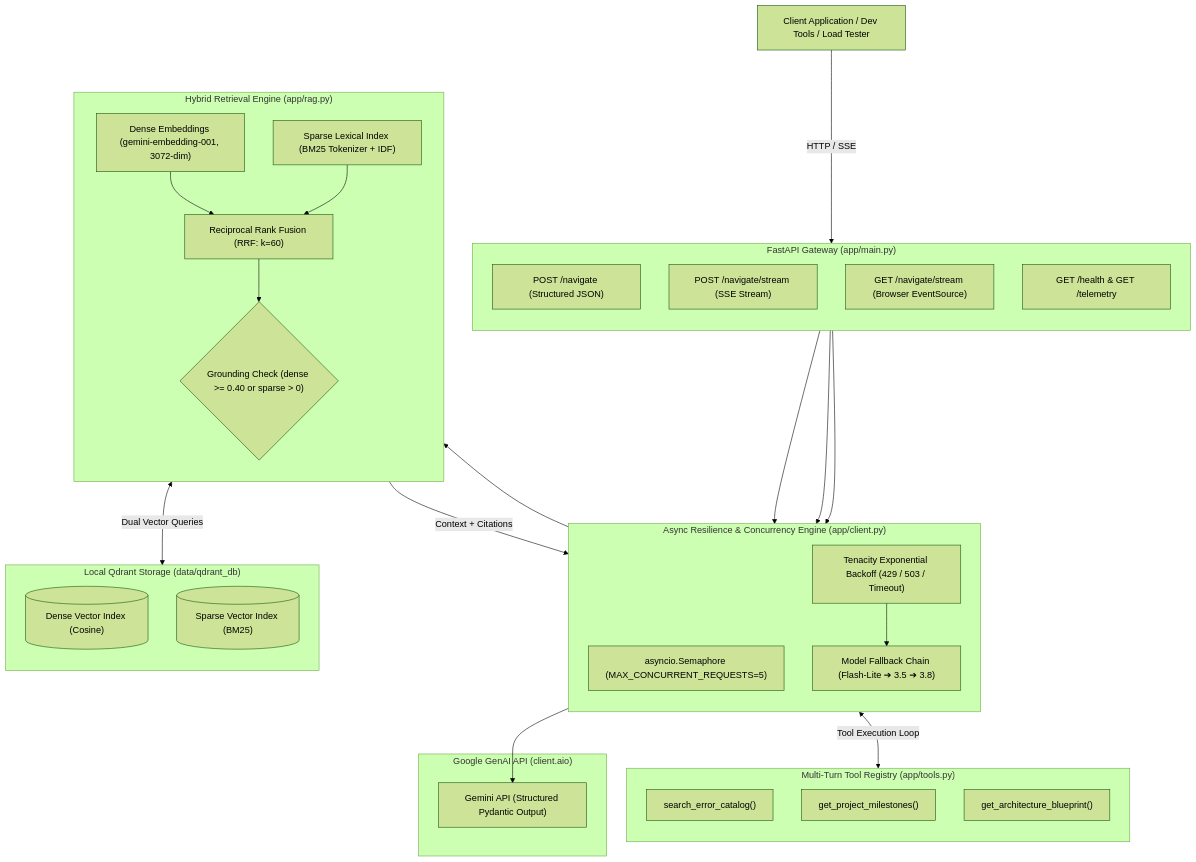
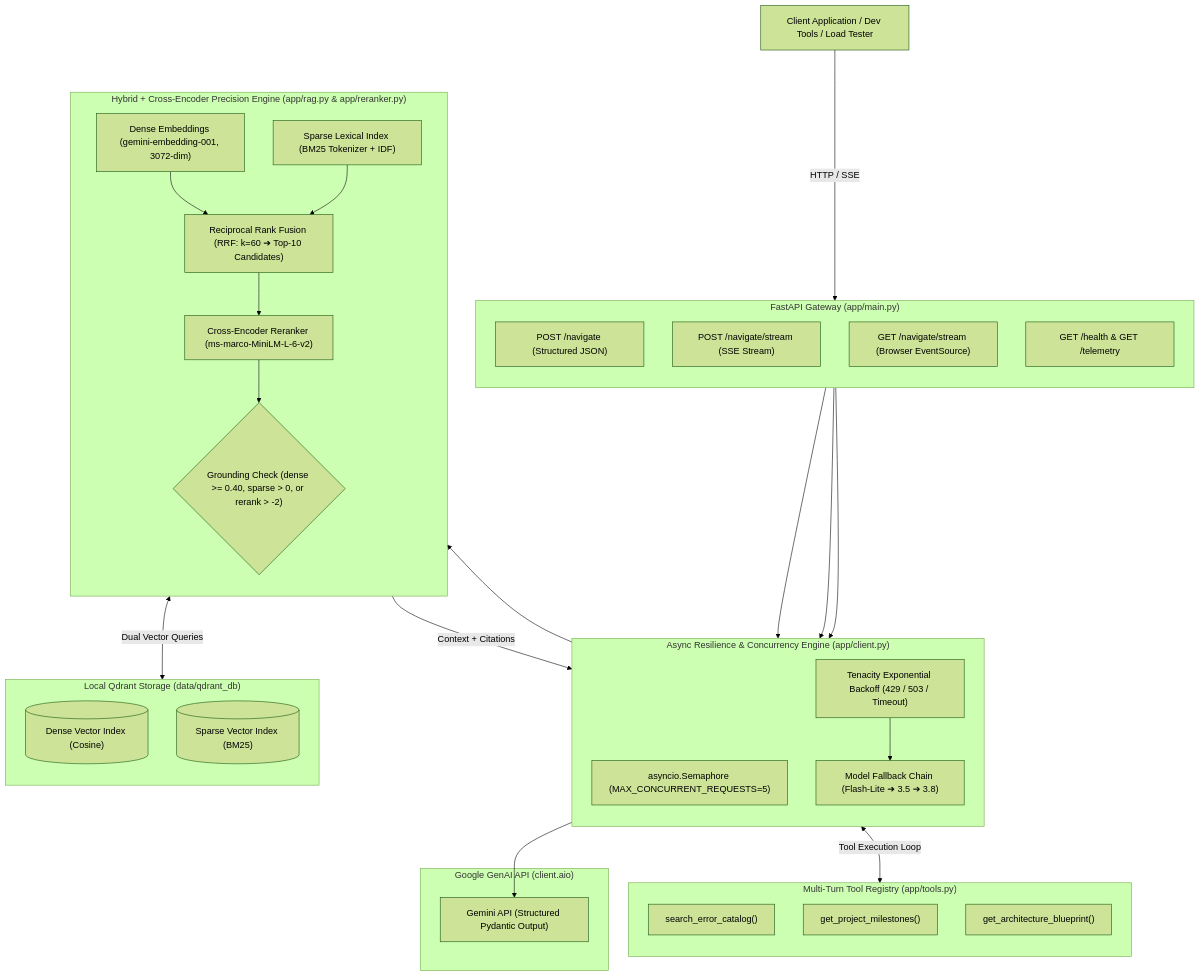
One commit to k-nikhil-coder/tutorial-hell-navigator changed the diagram in README.md. Above: the diagram before and after it, drawn with Mermaid (forest theme). The commit also changed other lines of this file and 12 other files, not shown here.

Commit message:
feat(day-37): add cross-encoder reranker, measure 3-way ablation metrics, and record latency profile

````diff
--- a/README.md
+++ b/README.md
@@ -52,58 +52,60 @@
 ```mermaid
 flowchart TD
     Client["Client Application / Dev Tools / Load Tester"]
 
     subgraph FastAPI["FastAPI Gateway (app/main.py)"]
         direction TB
         Navigate["POST /navigate (Structured JSON)"]
         StreamPost["POST /navigate/stream (SSE Stream)"]
         StreamGet["GET /navigate/stream (Browser EventSource)"]
         Health["GET /health & GET /telemetry"]
     end
 
     subgraph Engine["Async Resilience & Concurrency Engine (app/client.py)"]
         direction TB
         Sem["asyncio.Semaphore (MAX_CONCURRENT_REQUESTS=5)"]
         Retry["Tenacity Exponential Backoff (429 / 503 / Timeout)"]
         Fallback["Model Fallback Chain (Flash-Lite ➔ 3.5 ➔ 3.8)"]
     end
 
-    subgraph RAGEngine["Hybrid Retrieval Engine (app/rag.py)"]
+    subgraph RAGEngine["Hybrid + Cross-Encoder Precision Engine (app/rag.py & app/reranker.py)"]
         direction TB
         DenseSearch["Dense Embeddings (gemini-embedding-001, 3072-dim)"]
         BM25Search["Sparse Lexical Index (BM25 Tokenizer + IDF)"]
-        RRF["Reciprocal Rank Fusion (RRF: k=60)"]
-        GroundCheck{"Grounding Check (dense >= 0.40 or sparse > 0)"}
+        RRF["Reciprocal Rank Fusion (RRF: k=60 ➔ Top-10 Candidates)"]
+        CrossEncoder["Cross-Encoder Reranker (ms-marco-MiniLM-L-6-v2)"]
+        GroundCheck{"Grounding Check (dense >= 0.40, sparse > 0, or rerank > -2)"}
         DenseSearch --> RRF
         BM25Search --> RRF
-        RRF --> GroundCheck
+        RRF --> CrossEncoder
+        CrossEncoder --> GroundCheck
     end
 
     subgraph VectorDB["Local Qdrant Storage (data/qdrant_db)"]
         direction TB
         DenseIdx[("Dense Vector Index (Cosine)")]
         SparseIdx[("Sparse Vector Index (BM25)")]
     end
 
     subgraph Tools["Multi-Turn Tool Registry (app/tools.py)"]
         direction TB
         ErrCatalog["search_error_catalog()"]
         Milestones["get_project_milestones()"]
         Blueprints["get_architecture_blueprint()"]
     end
 
     subgraph Provider["Google GenAI API (client.aio)"]
         Gemini["Gemini API (Structured Pydantic Output)"]
     end
 
     Client -->|HTTP / SSE| FastAPI
     Navigate --> Sem
     StreamPost --> Sem
     StreamGet --> Sem
     Sem --> RAGEngine
     RAGEngine <-->|Dual Vector Queries| VectorDB
     GroundCheck -->|Context + Citations| Retry
     Retry --> Fallback
     Fallback <-->|Tool Execution Loop| Tools
     Fallback --> Gemini
 ```
````
